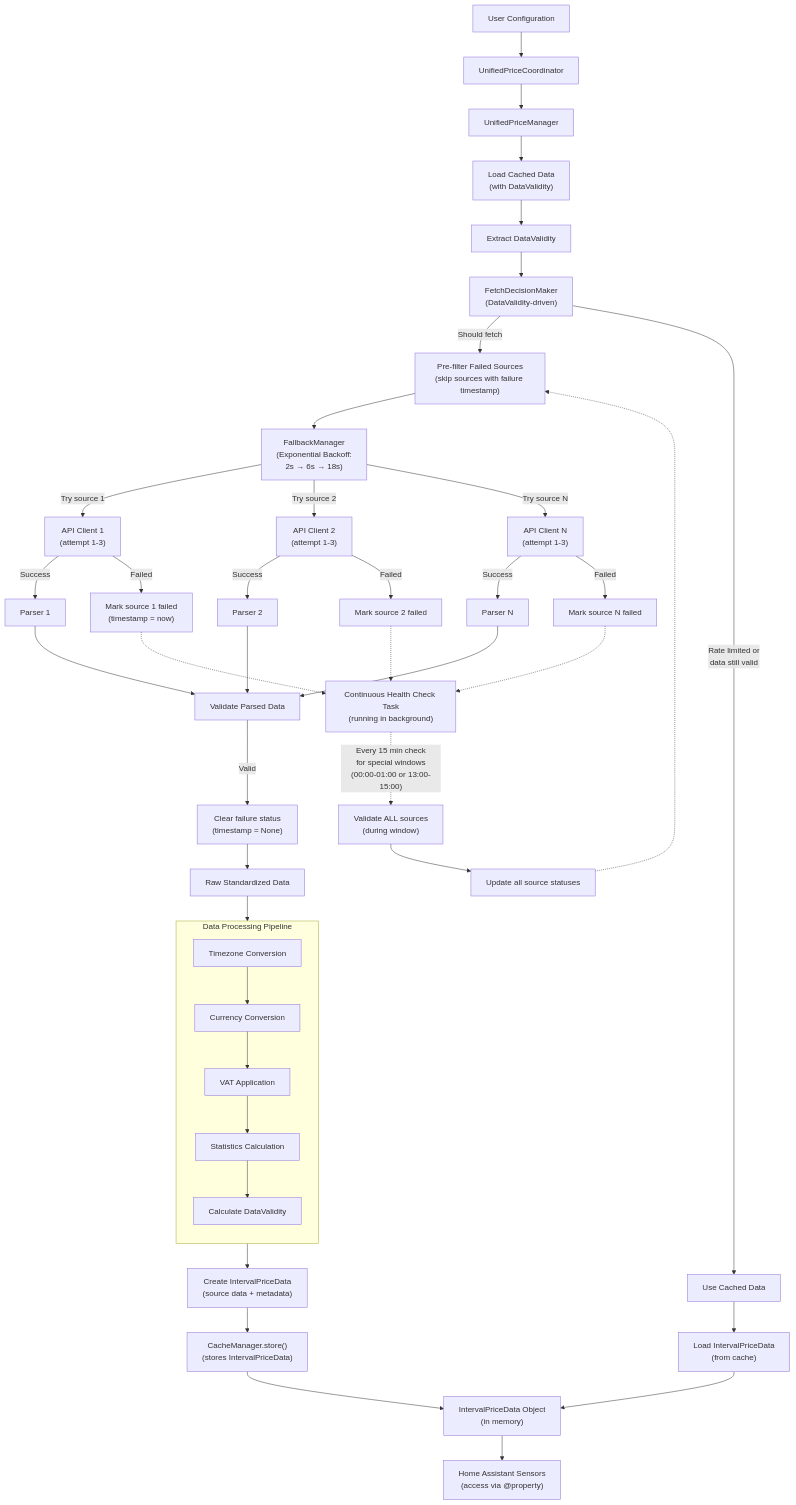
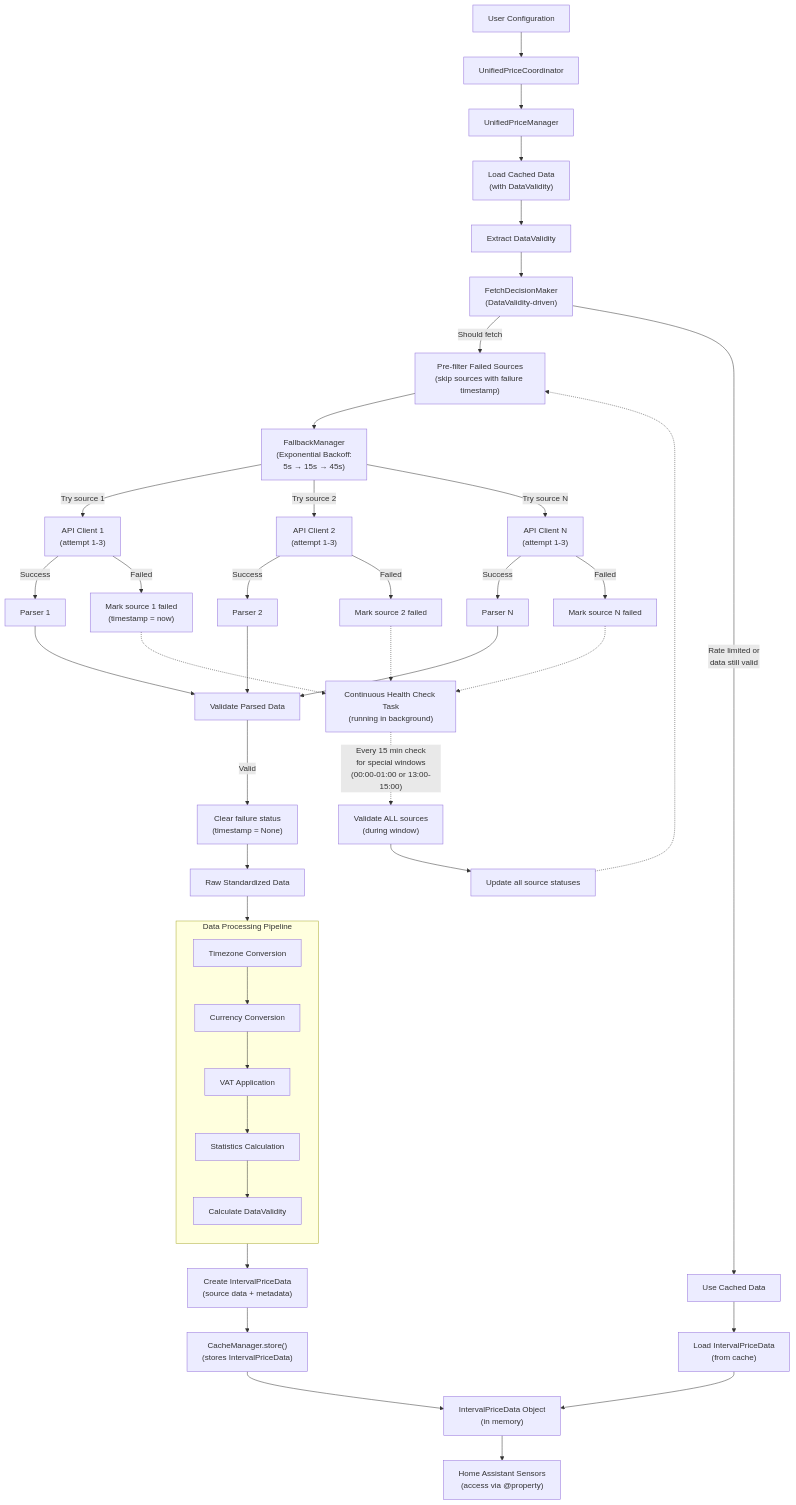
The first of 4 diagrams in README.md (enoch85/ge-spot), drawn with Mermaid before and after one commit. The commit also changed other lines of this file and 31 other files, not shown here.

Commit message:
Change exponential backoff timeouts + add constants + edit DE-LU (#51)

````diff
--- a/README.md
+++ b/README.md
@@ -628,60 +628,60 @@
 ```mermaid
 flowchart TD
     Config["User Configuration"] --> Coord["UnifiedPriceCoordinator"]
     Coord --> UPM["UnifiedPriceManager"]
     
     UPM --> LoadCache["Load Cached Data<br/>(with DataValidity)"]
     LoadCache --> ExtractValidity["Extract DataValidity"]
     ExtractValidity --> FetchDecision["FetchDecisionMaker<br/>(DataValidity-driven)"]
     
     FetchDecision --> |"Should fetch"| FilterSources["Pre-filter Failed Sources<br/>(skip sources with failure timestamp)"]
     FetchDecision --> |"Rate limited or<br/>data still valid"| UseCache["Use Cached Data"]
     
-    FilterSources --> FallbackMgr["FallbackManager<br/>(Exponential Backoff:<br/>2s → 6s → 18s)"]
+    FilterSources --> FallbackMgr["FallbackManager<br/>(Exponential Backoff:<br/>5s → 15s → 45s)"]
     
     FallbackMgr --> |"Try source 1"| API1["API Client 1<br/>(attempt 1-3)"]
     FallbackMgr --> |"Try source 2"| API2["API Client 2<br/>(attempt 1-3)"] 
     FallbackMgr --> |"Try source N"| APIN["API Client N<br/>(attempt 1-3)"]
     
     API1 --> |"Success"| Parser1["Parser 1"]
     API2 --> |"Success"| Parser2["Parser 2"]
     APIN --> |"Success"| ParserN["Parser N"]
     
     API1 --> |"Failed"| MarkFailed1["Mark source 1 failed<br/>(timestamp = now)"]
     API2 --> |"Failed"| MarkFailed2["Mark source 2 failed"]
     APIN --> |"Failed"| MarkFailedN["Mark source N failed"]
     
     MarkFailed1 -.-> HealthCheckBG["Continuous Health Check Task<br/>(running in background)"]
     MarkFailed2 -.-> HealthCheckBG
     MarkFailedN -.-> HealthCheckBG
     
     HealthCheckBG -.-> |"Every 15 min check<br/>for special windows<br/>(00:00-01:00 or 13:00-15:00)"| HealthCheck["Validate ALL sources<br/>(during window)"]
     HealthCheck --> UpdateAllStatus["Update all source statuses"]
     UpdateAllStatus -.-> FilterSources
     
     Parser1 --> Validate["Validate Parsed Data"]
     Parser2 --> Validate
     ParserN --> Validate
     
     Validate --> |"Valid"| ClearFailed["Clear failure status<br/>(timestamp = None)"]
     ClearFailed --> RawData["Raw Standardized Data"]
     
     RawData --> DataProcessor["DataProcessor"]
     
     subgraph DataProcessor["Data Processing Pipeline"]
         direction TB
         TZ["Timezone Conversion"] --> Currency["Currency Conversion"]
         Currency --> VAT["VAT Application"]
         VAT --> Stats["Statistics Calculation"]
         Stats --> CalcValidity["Calculate DataValidity"]
     end
     
     DataProcessor --> CreateIPD["Create IntervalPriceData<br/>(source data + metadata)"]
     CreateIPD --> CacheStore["CacheManager.store()<br/>(stores IntervalPriceData)"]
     CacheStore --> IPDObject["IntervalPriceData Object<br/>(in memory)"]
     
     UseCache --> LoadIPD["Load IntervalPriceData<br/>(from cache)"]
     LoadIPD --> IPDObject
     
     IPDObject --> Sensors["Home Assistant Sensors<br/>(access via @property)"]
 ```
````
